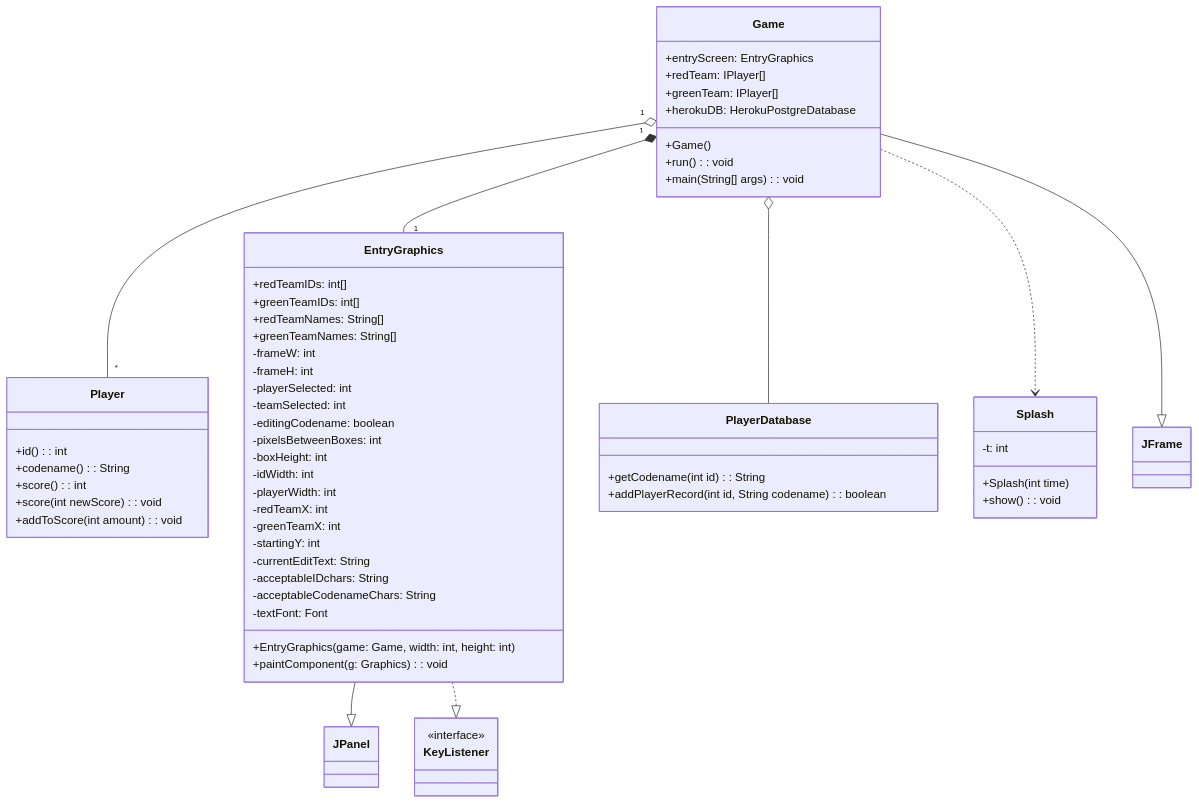
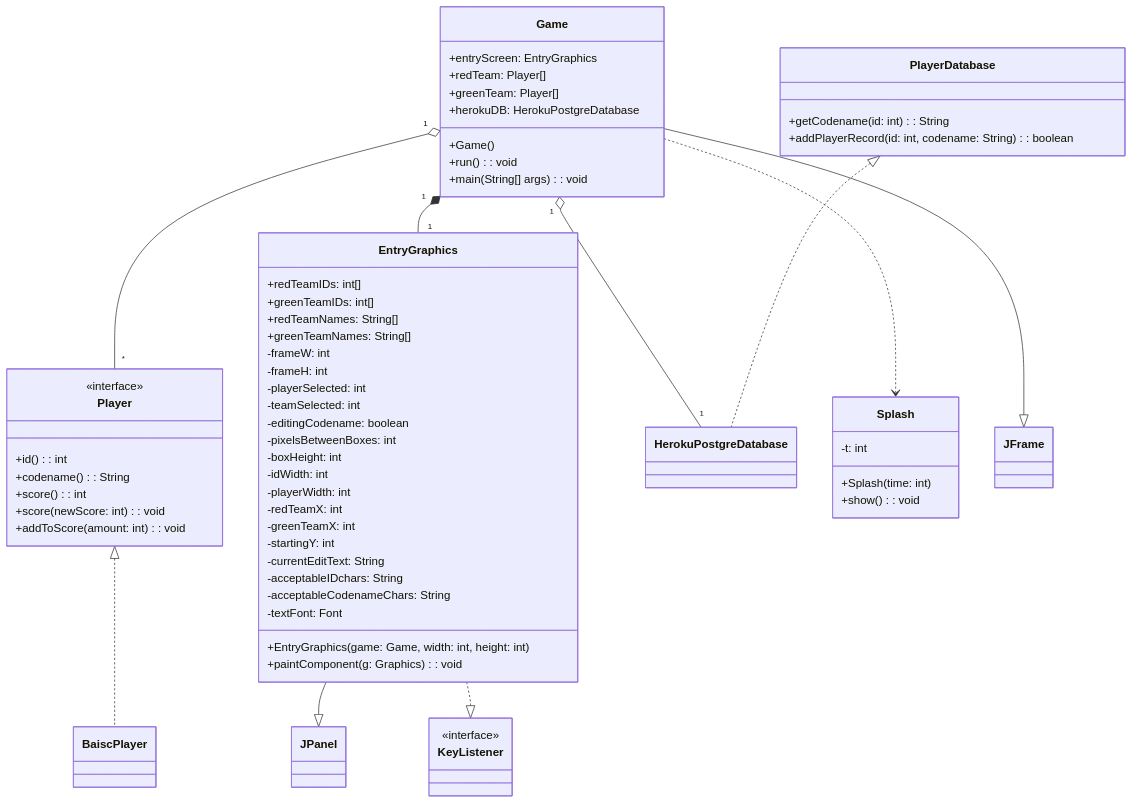
Before and after one commit to UArk-CSCE-3513-2022-Fall-Team-01/Photon: the diagram in class-diagram.md, drawn with Mermaid. The commit also changed other lines of this file, not shown here.

Commit message:
Update class diagram to match branch state

````diff
--- a/class-diagram.md
+++ b/class-diagram.md
@@ -1,66 +5,69 @@
 ```mermaid
 classDiagram-v2
     Game "1" o-- "*" Player
     Game "1" *-- "1" EntryGraphics
-    Game o-- PlayerDatabase
+    Game "1" o-- "1" HerokuPostgreDatabase
     Game ..> Splash
     Game --|> JFrame
     EntryGraphics --|> JPanel
     EntryGraphics ..|> KeyListener
+    Player <|.. BaiscPlayer
+    PlayerDatabase <|.. HerokuPostgreDatabase
 
     <<interface>> KeyListener
 
     class Game {
         +entryScreen: EntryGraphics
-        +redTeam: IPlayer[]
-        +greenTeam: IPlayer[]
+        +redTeam: Player[]
+        +greenTeam: Player[]
         +herokuDB: HerokuPostgreDatabase
         +Game()
         +run(): void
         +main(String[] args): void
     }
 
     class Player {
+        <<interface>>
         +id(): int
         +codename(): String
         +score(): int
-        +score(int newScore): void
-        +addToScore(int amount): void
+        +score(newScore: int): void
+        +addToScore(amount: int): void
     }
 
     class PlayerDatabase {
-        +getCodename(int id): String
-        +addPlayerRecord(int id, String codename): boolean
+        +getCodename(id: int): String
+        +addPlayerRecord(id: int, codename: String): boolean
     }
 
     class Splash {
         -t: int
-        +Splash(int time)
+        +Splash(time: int)
         +show(): void
     }
 
     class EntryGraphics {
         +redTeamIDs: int[]
         +greenTeamIDs: int[]
         +redTeamNames: String[]
         +greenTeamNames: String[]
         -frameW: int
         -frameH: int
         -playerSelected: int
         -teamSelected: int
         -editingCodename: boolean
         -pixelsBetweenBoxes: int
         -boxHeight: int
         -idWidth: int
         -playerWidth: int
         -redTeamX: int
         -greenTeamX: int
         -startingY: int
         -currentEditText: String
         -acceptableIDchars: String
         -acceptableCodenameChars: String
         -textFont: Font
         +EntryGraphics(game: Game, width: int, height: int)
         +paintComponent(g: Graphics): void
     }
 ```
````
